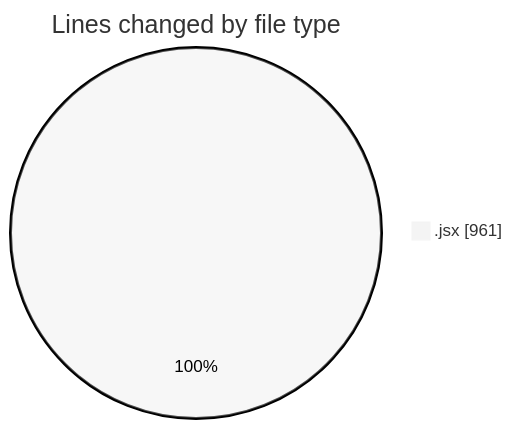
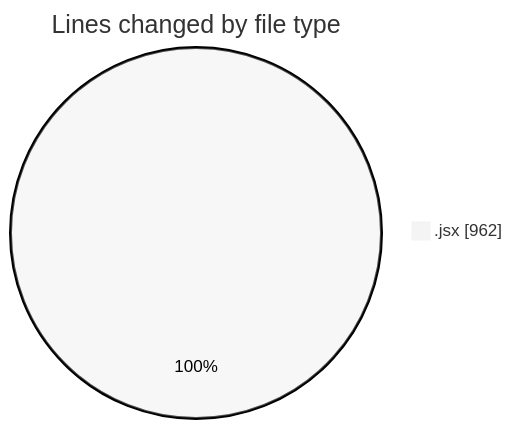
The first of 2 diagrams in 2025-11-07/nxtqube_webapp/README.md (nxtqubesakshisongat/code-tracking), drawn with Mermaid (neutral theme) before and after one commit. The commit also changed other lines of this file and 1 other file, not shown here.

````diff
--- a/2025-11-07/nxtqube_webapp/README.md
+++ b/2025-11-07/nxtqube_webapp/README.md
@@ -20,5 +20,5 @@
 ```mermaid
 pie showData
 title Lines changed by file type
-".jsx" : 961
+".jsx" : 962
 ```
````
